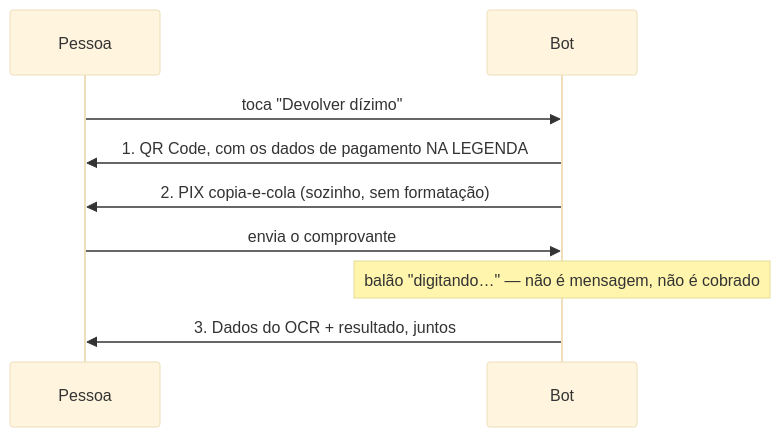
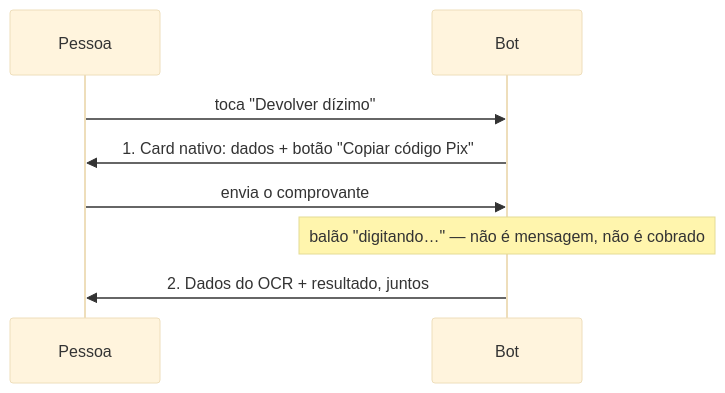
One commit to ewertonlvale/meu-dizimo-aparecida changed the fifth of 5 diagrams in Documentação/FLUXOS.md. Above: the diagram before and after it, drawn with Mermaid (base theme). The commit also changed other lines of this file and 6 other files, not shown here.

First line of the commit message:
Card de pagamento nativo na devolução: 3 → 2 mensagens (BL-40)

````diff
--- a/Documentação/FLUXOS.md
+++ b/Documentação/FLUXOS.md
@@ -213,11 +213,10 @@
 ```mermaid
 sequenceDiagram
     participant P as Pessoa
     participant B as Bot
     P->>B: toca "Devolver dízimo"
-    B->>P: 1. QR Code, com os dados de pagamento NA LEGENDA
-    B->>P: 2. PIX copia-e-cola (sozinho, sem formatação)
+    B->>P: 1. Card nativo: dados + botão "Copiar código Pix"
     P->>B: envia o comprovante
     Note over B: balão "digitando…" — não é mensagem, não é cobrado
-    B->>P: 3. Dados do OCR + resultado, juntos
+    B->>P: 2. Dados do OCR + resultado, juntos
 ```
````
